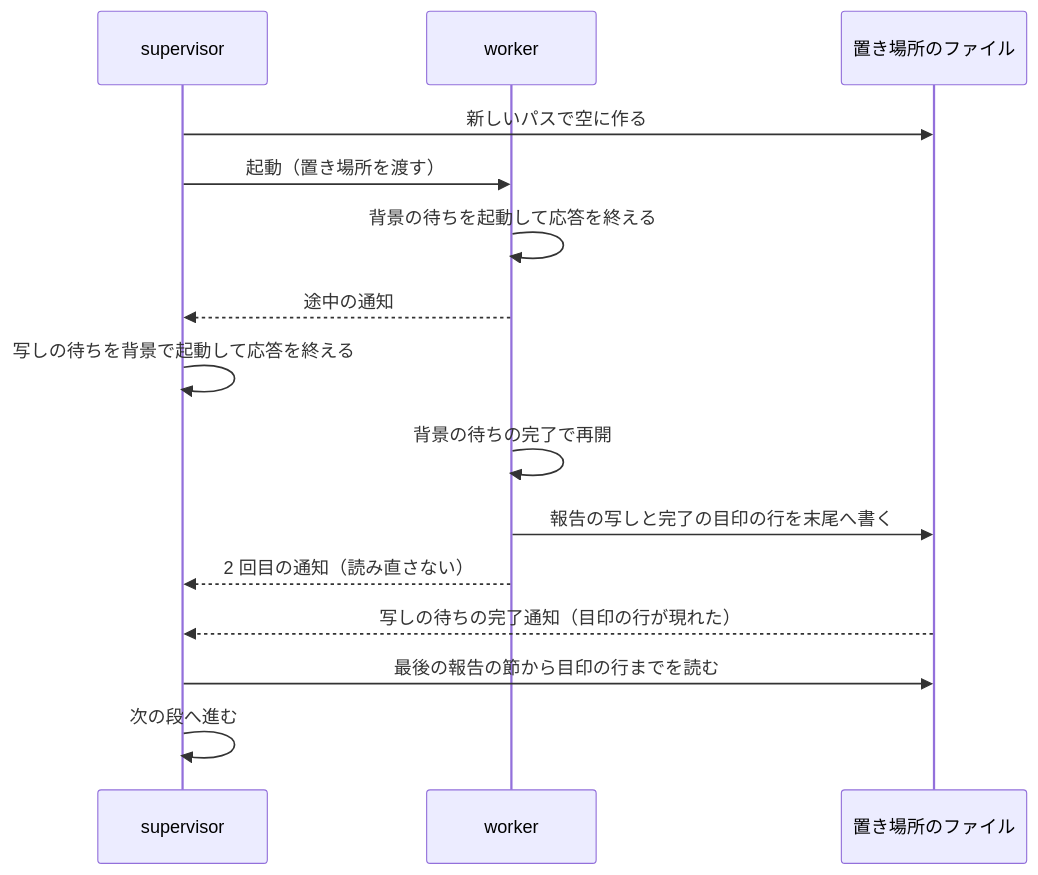
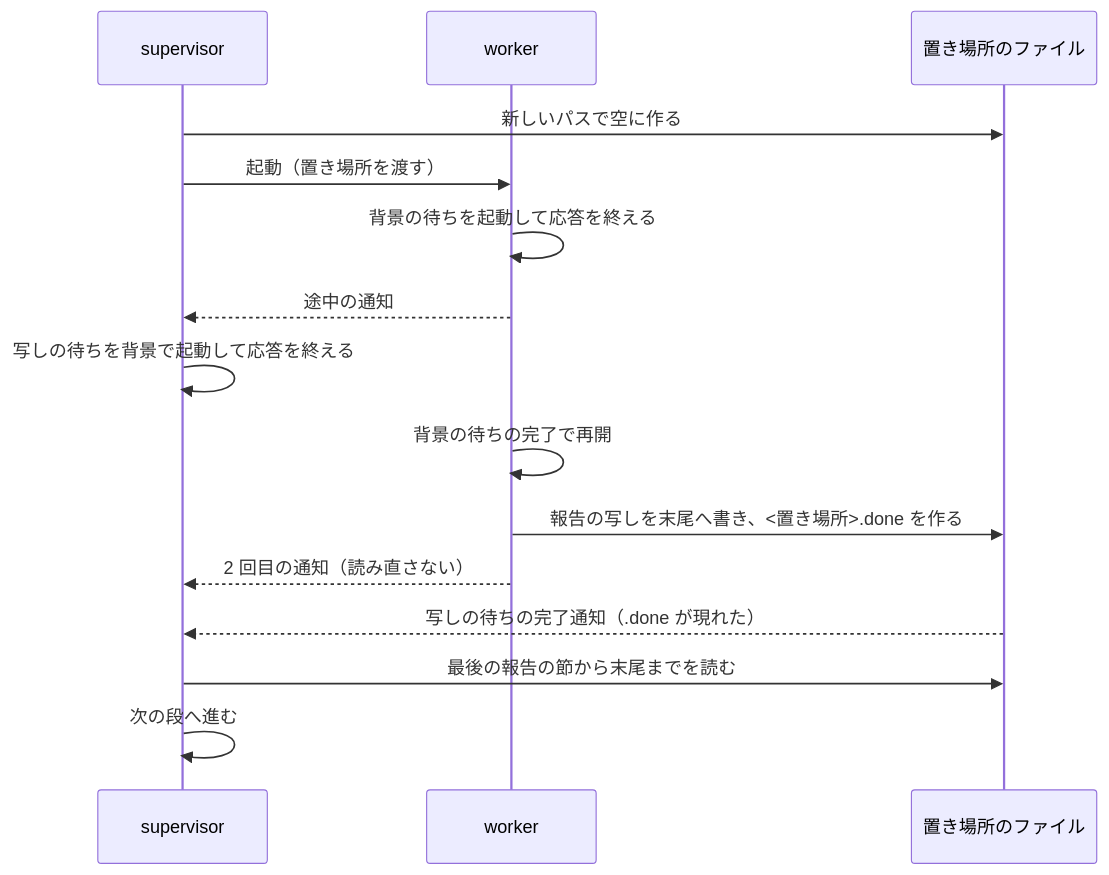
The diagram in issues/issue-892-901-design.md (devbasex/ai-plugins), drawn with Mermaid before and after one commit. The commit also changed other lines of this file and 2 other files, not shown here.

First line of the commit message:
Fix: 写しの完了を別ファイル <置き場所>.done で示し、supervisor の手を規則 5 を守れなかった worker への備えと明記する（PR #902 最終スイープ）

````diff
--- a/issues/issue-892-901-design.md
+++ b/issues/issue-892-901-design.md
@@ -158,17 +164,17 @@
 ```mermaid
 sequenceDiagram
     participant S as supervisor
     participant W as worker
     participant F as 置き場所のファイル
     S->>F: 新しいパスで空に作る
     S->>W: 起動（置き場所を渡す）
     W->>W: 背景の待ちを起動して応答を終える
     W-->>S: 途中の通知
     S->>S: 写しの待ちを背景で起動して応答を終える
     W->>W: 背景の待ちの完了で再開
-    W->>F: 報告の写しと完了の目印の行を末尾へ書く
+    W->>F: 報告の写しを末尾へ書き、<置き場所>.done を作る
     W-->>S: 2 回目の通知（読み直さない）
-    F-->>S: 写しの待ちの完了通知（目印の行が現れた）
-    S->>F: 最後の報告の節から目印の行までを読む
+    F-->>S: 写しの待ちの完了通知（.done が現れた）
+    S->>F: 最後の報告の節から末尾までを読む
     S->>S: 次の段へ進む
 ```
````
